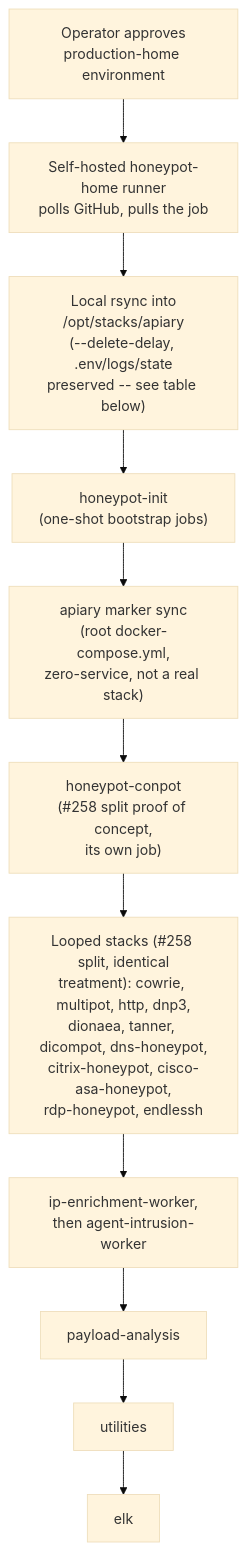
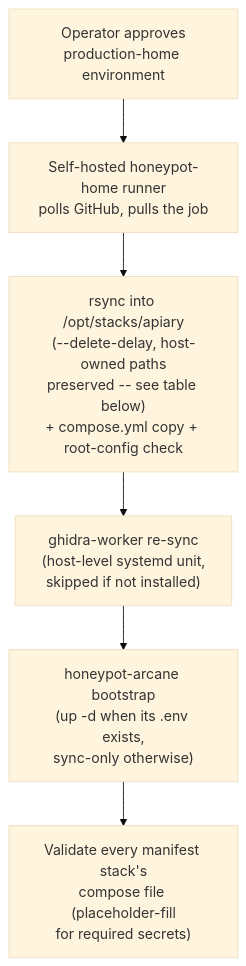
One commit to Xore/APIARY changed the second of 4 diagrams in docs/CI-CD.md. Above: the diagram before and after it, drawn with Mermaid (base theme). The commit also changed other lines of this file, not shown here.

````diff
--- a/docs/CI-CD.md
+++ b/docs/CI-CD.md
@@ -142,17 +151,11 @@
 ```mermaid
 flowchart TB
   approve["Operator approves<br/>production-home environment"]
   runner["Self-hosted honeypot-home runner<br/>polls GitHub, pulls the job"]
-  sync["Local rsync into<br/>/opt/stacks/apiary<br/>(--delete-delay, .env/logs/state<br/>preserved -- see table below)"]
-  init["honeypot-init<br/>(one-shot bootstrap jobs)"]
-  marker["apiary marker sync<br/>(root docker-compose.yml,<br/>zero-service, not a real stack)"]
-  conpot["honeypot-conpot<br/>(#258 split proof of concept,<br/>its own job)"]
-  sensorLoop["Looped stacks (#258 split, identical<br/>treatment): cowrie, multipot, http, dnp3,<br/>dionaea, tanner, dicompot, dns-honeypot,<br/>citrix-honeypot, cisco-asa-honeypot,<br/>rdp-honeypot, endlessh"]
-  workers["ip-enrichment-worker,<br/>then agent-intrusion-worker"]
-  payload["payload-analysis"]
-  util["utilities"]
-  elk["elk"]
+  sync["rsync into /opt/stacks/apiary<br/>(--delete-delay, host-owned paths<br/>preserved -- see table below)<br/>+ compose.yml copy + root-config check"]
+  ghidra["ghidra-worker re-sync<br/>(host-level systemd unit,<br/>skipped if not installed)"]
+  arcaneBootstrap["honeypot-arcane bootstrap<br/>(up -d when its .env exists,<br/>sync-only otherwise)"]
+  validate["Validate every manifest stack's<br/>compose file (placeholder-fill<br/>for required secrets)"]
 
-  approve --> runner --> sync
-  sync --> init --> marker --> conpot --> sensorLoop --> workers --> payload --> util --> elk
+  approve --> runner --> sync --> ghidra --> arcaneBootstrap --> validate
 ```
````
